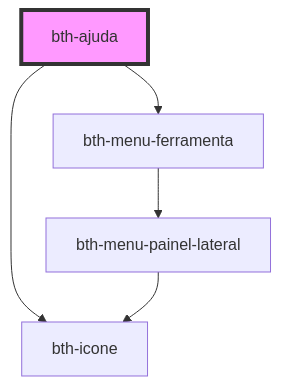
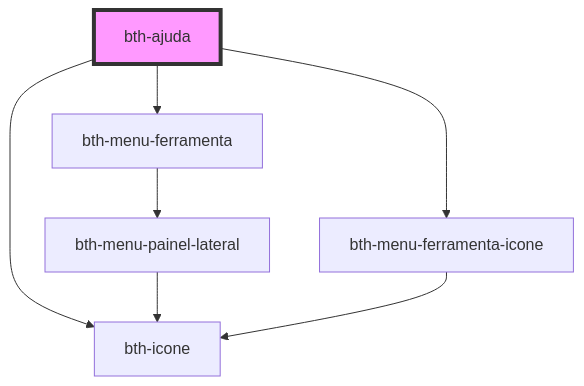
Before and after one commit to betha-plataforma/estrutura-componentes: the diagram in src/components/ajuda/readme.md, drawn with Mermaid. The commit also changed other lines of this file and 10 other files, not shown here.

````diff
--- a/src/components/ajuda/readme.md
+++ b/src/components/ajuda/readme.md
@@ -49,8 +50,10 @@
 ```mermaid
 graph TD;
   bth-ajuda --> bth-menu-ferramenta
+  bth-ajuda --> bth-menu-ferramenta-icone
   bth-ajuda --> bth-icone
   bth-menu-ferramenta --> bth-menu-painel-lateral
   bth-menu-painel-lateral --> bth-icone
+  bth-menu-ferramenta-icone --> bth-icone
   style bth-ajuda fill:#f9f,stroke:#333,stroke-width:4px
 ```
````
